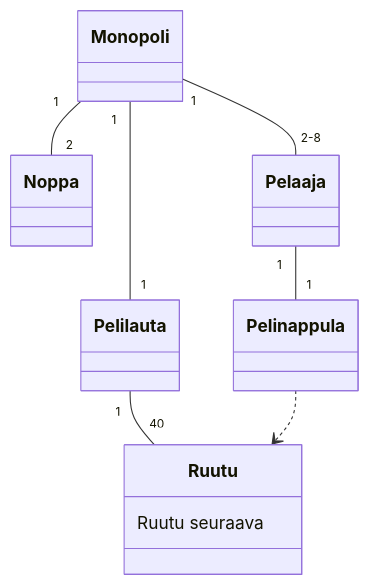
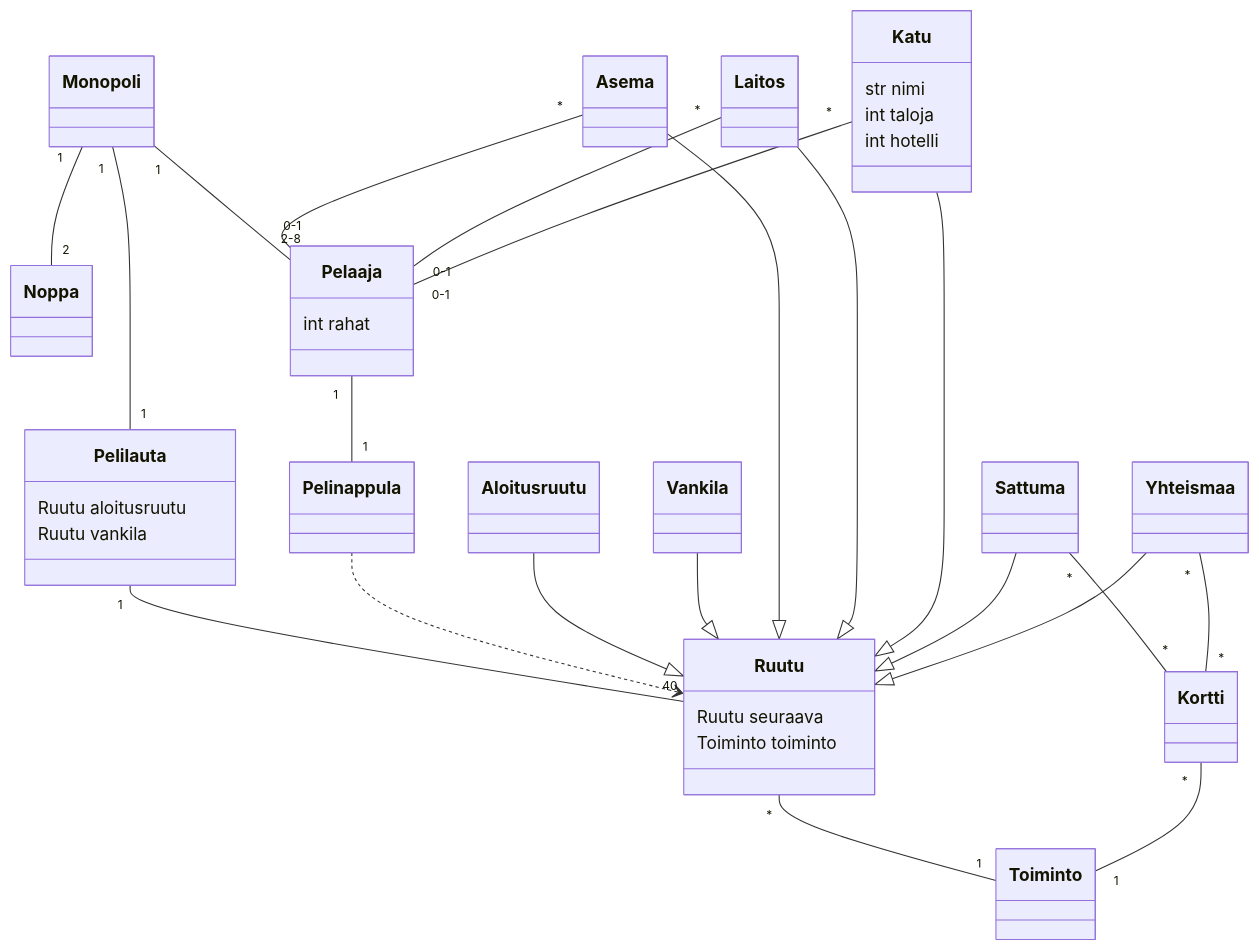
One commit to kivistoilkka/ot-harjoitustyo changed the diagram in laskarit/viikko3/monopoli.md. Above: the diagram before and after it, drawn with Mermaid.

Commit message:
Viikko3, Tehtävä2: Laajennettu Monopoli

````diff
--- a/laskarit/viikko3/monopoli.md
+++ b/laskarit/viikko3/monopoli.md
@@ -1,18 +1,55 @@
 ```mermaid
 classDiagram
     class Monopoli
     class Noppa
-    class Pelaaja
-    class Pelilauta
+    class Pelaaja {
+        int rahat
+    }
+    class Pelilauta {
+        Ruutu aloitusruutu
+        Ruutu vankila
+    }
     class Ruutu {
         Ruutu seuraava
+        Toiminto toiminto
     }
     class Pelinappula
+
+    class Aloitusruutu
+    class Vankila
+    class Sattuma
+    class Yhteismaa
+    class Asema
+    class Laitos
+    class Katu {
+        str nimi
+        int taloja
+        int hotelli
+    }
+    class Toiminto
+    class Kortti
 
     Monopoli "1" -- "2-8" Pelaaja
     Monopoli "1" -- "2" Noppa
     Monopoli "1" --  "1" Pelilauta
     Pelilauta "1" -- "40" Ruutu
     Pelaaja "1" -- "1" Pelinappula
     Pelinappula ..> Ruutu
+
+    Aloitusruutu --|> Ruutu
+    Vankila --|> Ruutu
+    Asema --|> Ruutu
+    Laitos --|> Ruutu
+    Katu --|> Ruutu
+    Sattuma --|> Ruutu
+    Yhteismaa --|> Ruutu
+
+    Ruutu "*" -- "1" Toiminto
+    Sattuma "*" -- "*" Kortti
+    Yhteismaa "*" -- "*" Kortti
+    Kortti "*" -- "1" Toiminto
+    Asema "*" -- "0-1" Pelaaja
+    Laitos "*" -- "0-1" Pelaaja
+    Katu "*" -- "0-1" Pelaaja
+    
 ```
````
